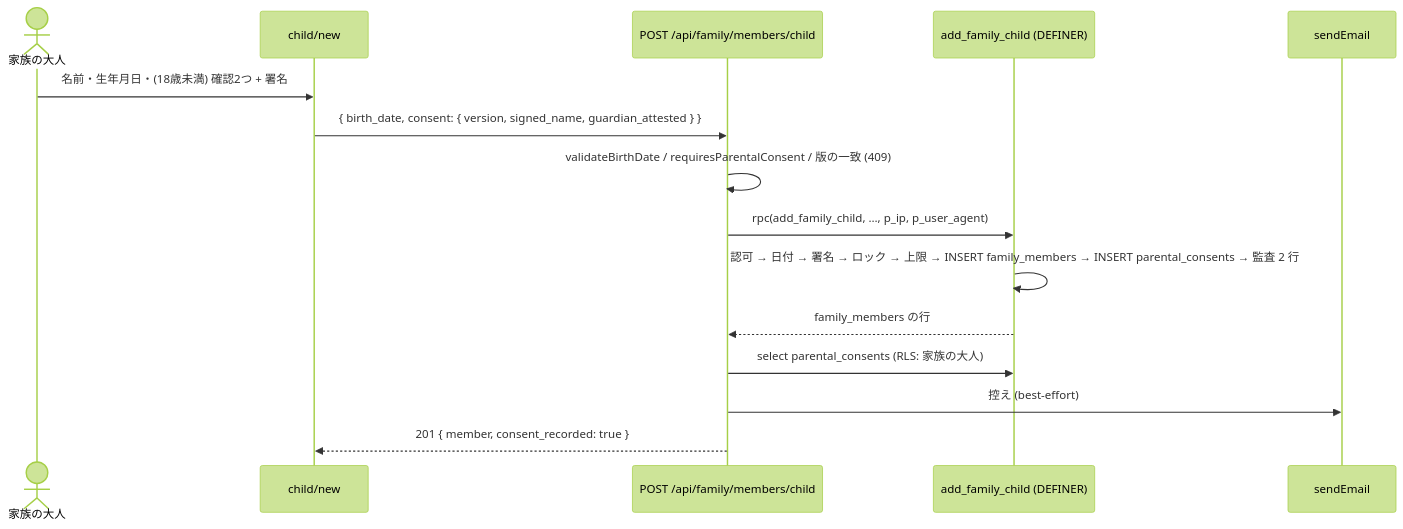
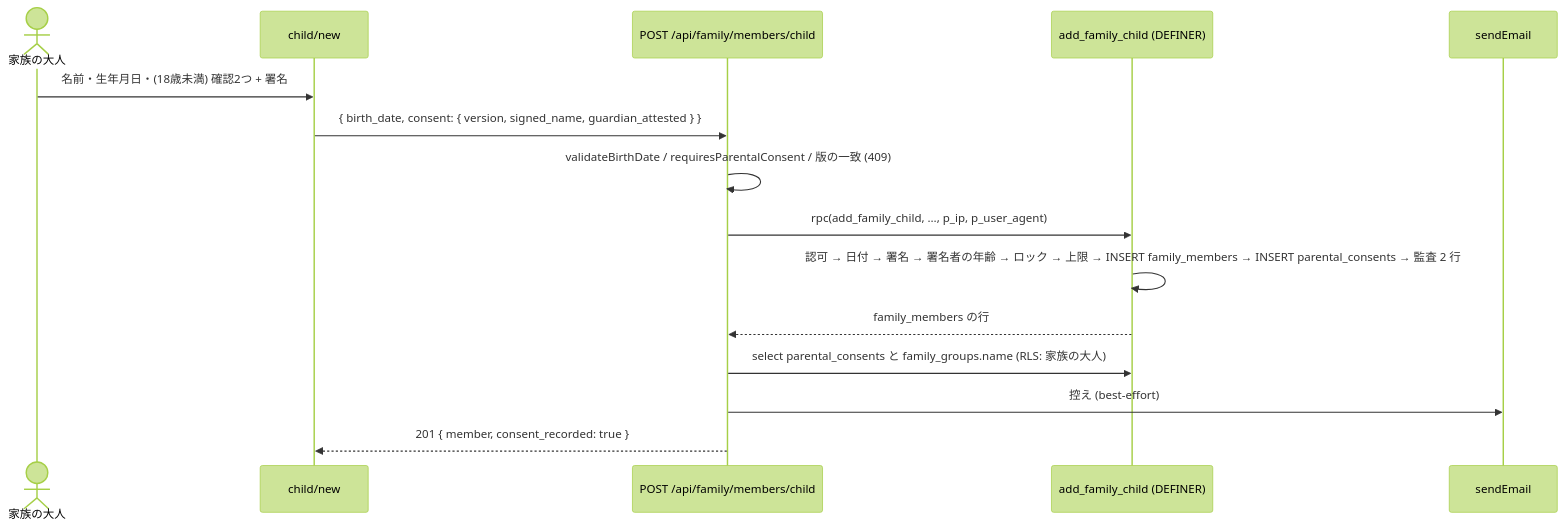
Before and after one commit to DaisukeHori/homegohan-app: the first of 2 diagrams in docs/design/cross/14-parental-consent.md, drawn with Mermaid (forest theme). The commit also changed other lines of this file, not shown here.

First line of the commit message:
docs(design): 14-parental-consent の R2 指摘を反映 (#1173 周 3)

````diff
--- a/docs/design/cross/14-parental-consent.md
+++ b/docs/design/cross/14-parental-consent.md
@@ -1095,17 +1263,17 @@
 ```mermaid
 sequenceDiagram
     actor Parent as 家族の大人
     participant Web as child/new
     participant API as POST /api/family/members/child
     participant DB as add_family_child (DEFINER)
     participant Mail as sendEmail
     Parent->>Web: 名前・生年月日・(18歳未満) 確認2つ + 署名
     Web->>API: { birth_date, consent: { version, signed_name, guardian_attested } }
     API->>API: validateBirthDate / requiresParentalConsent / 版の一致 (409)
     API->>DB: rpc(add_family_child, …, p_ip, p_user_agent)
-    DB->>DB: 認可 → 日付 → 署名 → ロック → 上限 → INSERT family_members → INSERT parental_consents → 監査 2 行
+    DB->>DB: 認可 → 日付 → 署名 → 署名者の年齢 → ロック → 上限 → INSERT family_members → INSERT parental_consents → 監査 2 行
     DB-->>API: family_members の行
-    API->>DB: select parental_consents (RLS: 家族の大人)
+    API->>DB: select parental_consents と family_groups.name (RLS: 家族の大人)
     API->>Mail: 控え (best-effort)
     API-->>Web: 201 { member, consent_recorded: true }
 ```
````
